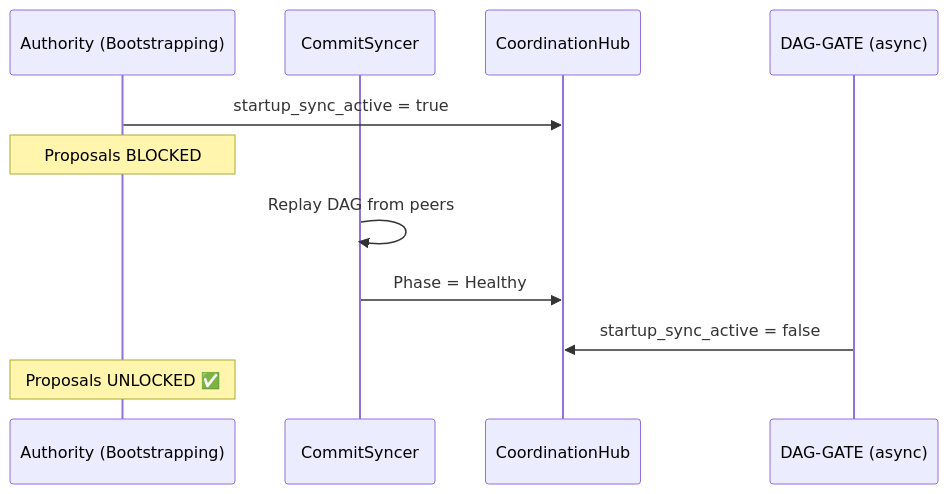
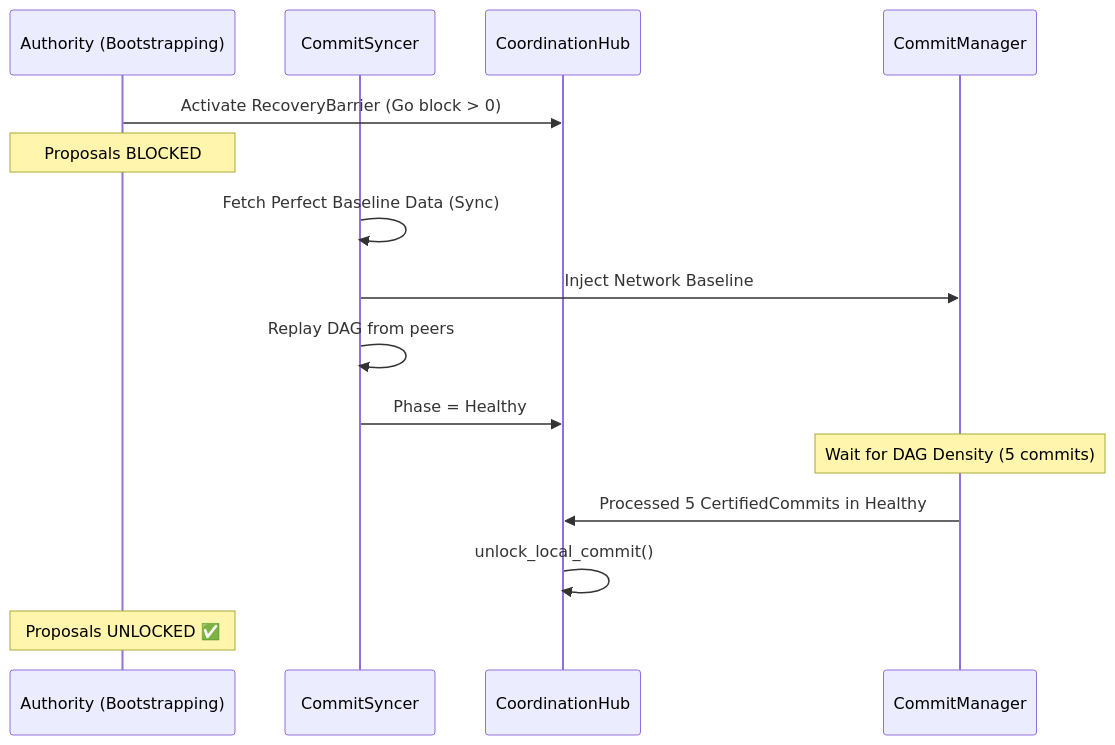
The third of 7 diagrams in docs/startup_architecture.md (x3pi/metanode), drawn with Mermaid before and after one commit. The commit also changed other lines of this file, not shown here.

Commit message:
docs: update startup architecture documentation to reflect recent changes

````diff
--- a/docs/startup_architecture.md
+++ b/docs/startup_architecture.md
@@ -222,14 +230,20 @@
 ```mermaid
 sequenceDiagram
     participant Auth as Authority (Bootstrapping)
     participant CS as CommitSyncer
     participant Hub as CoordinationHub
-    participant Gate as DAG-GATE (async)
+    participant Core as CommitManager
 
-    Auth->>Hub: startup_sync_active = true
+    Auth->>Hub: Activate RecoveryBarrier (Go block > 0)
     Note over Auth: Proposals BLOCKED
+    
+    CS->>CS: Fetch Perfect Baseline Data (Sync)
+    CS->>Core: Inject Network Baseline
     CS->>CS: Replay DAG from peers
     CS->>Hub: Phase = Healthy
-    Gate->>Hub: startup_sync_active = false
+    
+    Note over Core: Wait for DAG Density (5 commits)
+    Core->>Hub: Processed 5 CertifiedCommits in Healthy
+    Hub->>Hub: unlock_local_commit()
     Note over Auth: Proposals UNLOCKED ✅
 ```
````
